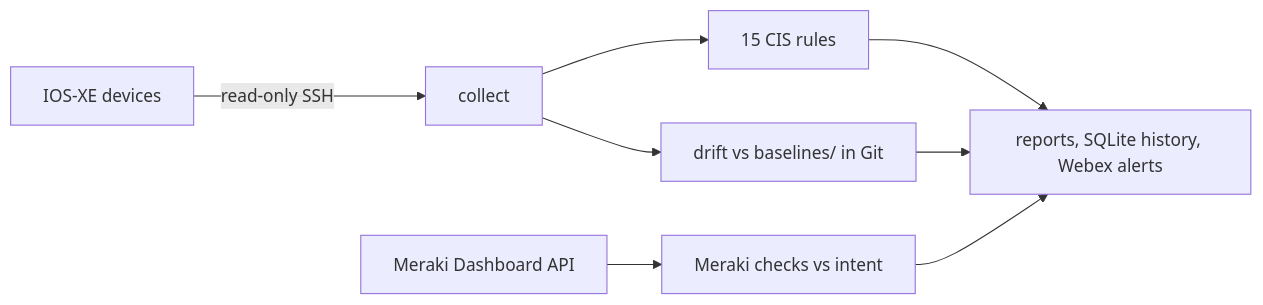
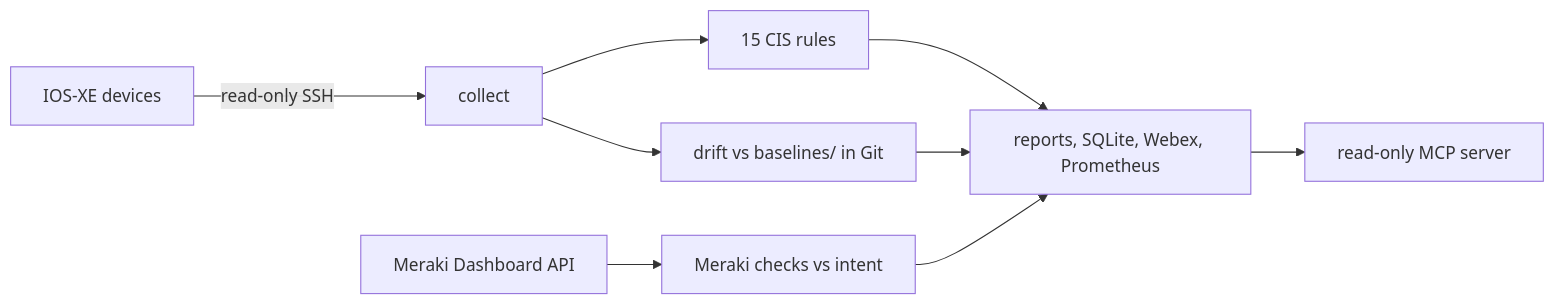
Before and after one commit to mumer-net/configsentry: the diagram in README.md, drawn with Mermaid. The commit also changed other lines of this file and 4 other files, not shown here.

````diff
--- a/README.md
+++ b/README.md
@@ -29,10 +29,11 @@
 ```mermaid
 flowchart LR
   D[IOS-XE devices] -->|read-only SSH| C[collect]
   C --> R[15 CIS rules]
   C --> DR[drift vs baselines/ in Git]
   M[Meraki Dashboard API] --> MC[Meraki checks vs intent]
-  R --> O[reports, SQLite history, Webex alerts]
+  R --> O[reports, SQLite, Webex, Prometheus]
   DR --> O
   MC --> O
+  O --> MCP[read-only MCP server]
 ```
````
